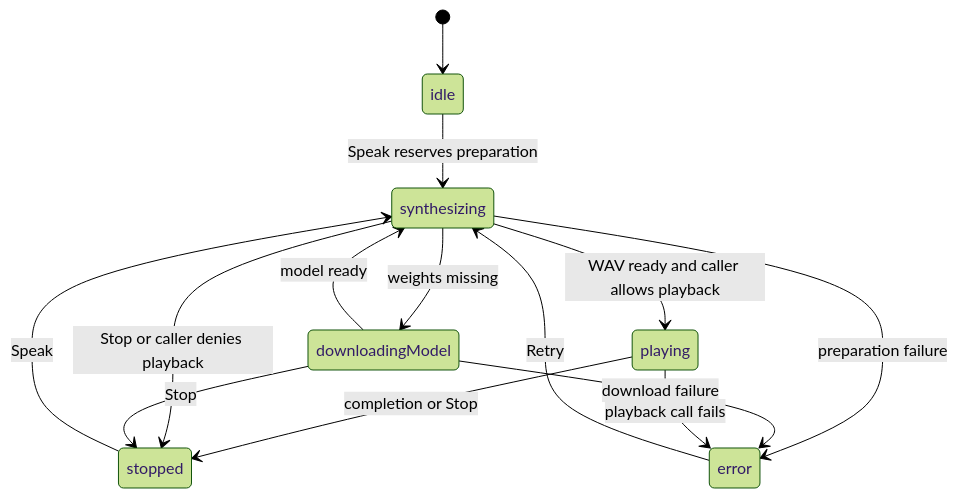
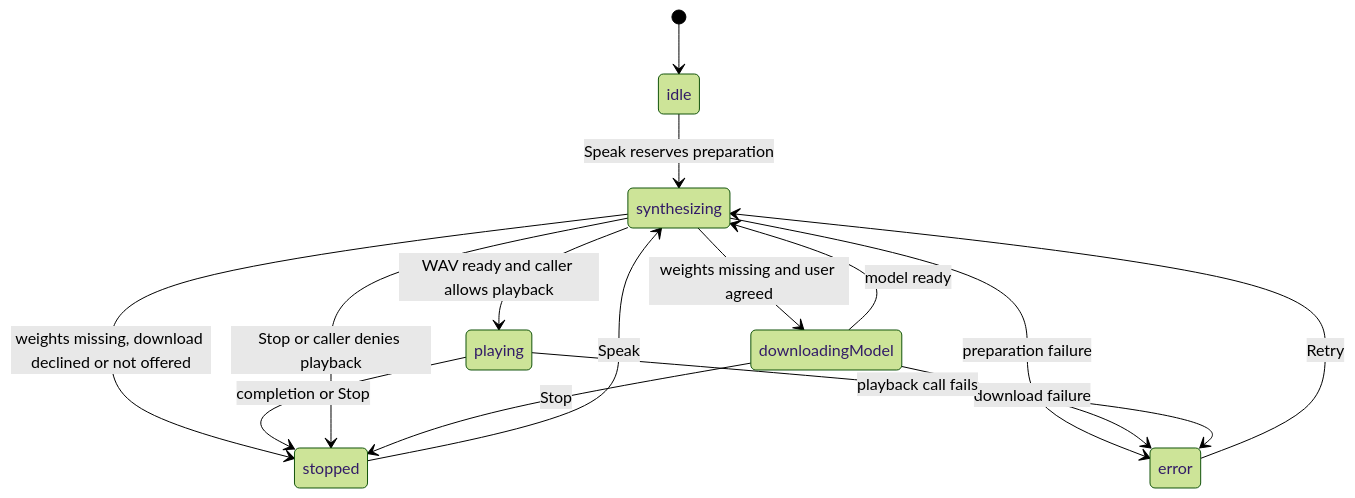
One commit to matthiasn/lotti changed the second of 2 diagrams in knowledge/features/tts.md. Above: the diagram before and after it, drawn with Mermaid (forest theme). The commit also changed other lines of this file and 47 other files, not shown here.

Commit message:
fix(tts): ask before downloading the voice model, with its size (#4814)

````diff
--- a/knowledge/features/tts.md
+++ b/knowledge/features/tts.md
@@ -105,16 +127,17 @@
 ```mermaid
 stateDiagram-v2
   [*] --> idle
   idle --> synthesizing: Speak reserves preparation
-  synthesizing --> downloadingModel: weights missing
+  synthesizing --> downloadingModel: weights missing and user agreed
+  synthesizing --> stopped: weights missing, download declined or not offered
   downloadingModel --> synthesizing: model ready
   synthesizing --> playing: WAV ready and caller allows playback
   playing --> stopped: completion or Stop
   synthesizing --> stopped: Stop or caller denies playback
   downloadingModel --> stopped: Stop
   synthesizing --> error: preparation failure
   downloadingModel --> error: download failure
   playing --> error: playback call fails
   stopped --> synthesizing: Speak
   error --> synthesizing: Retry
 ```
````
